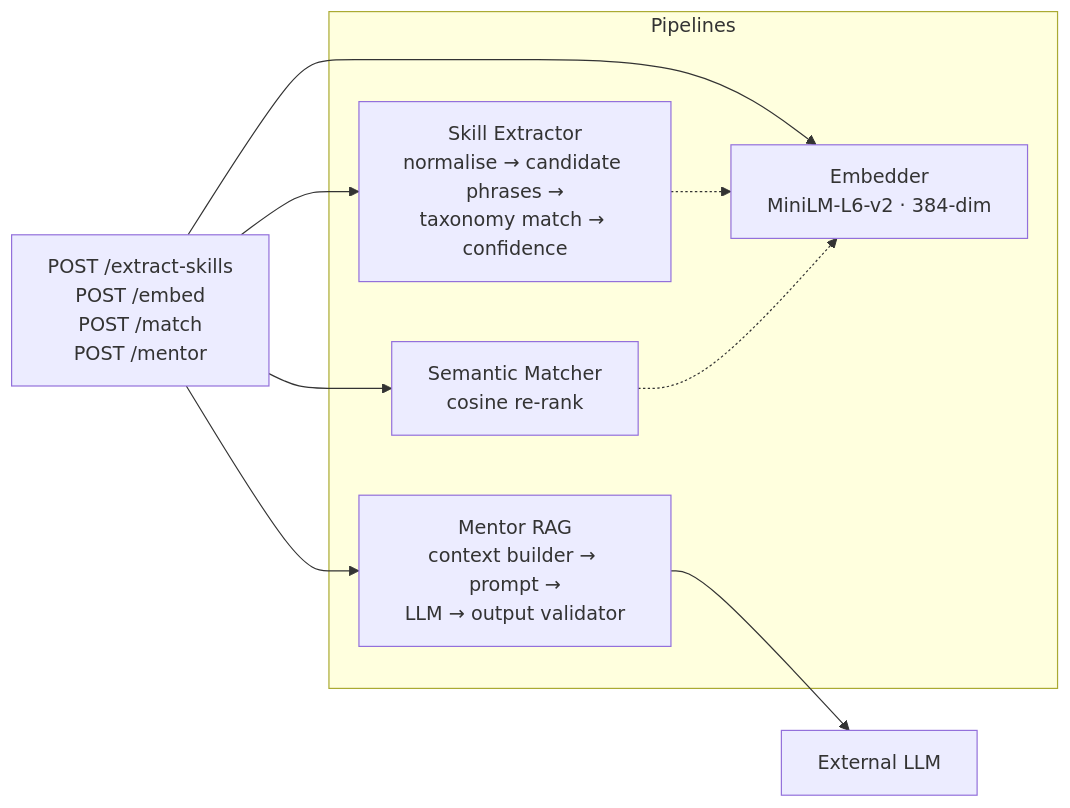
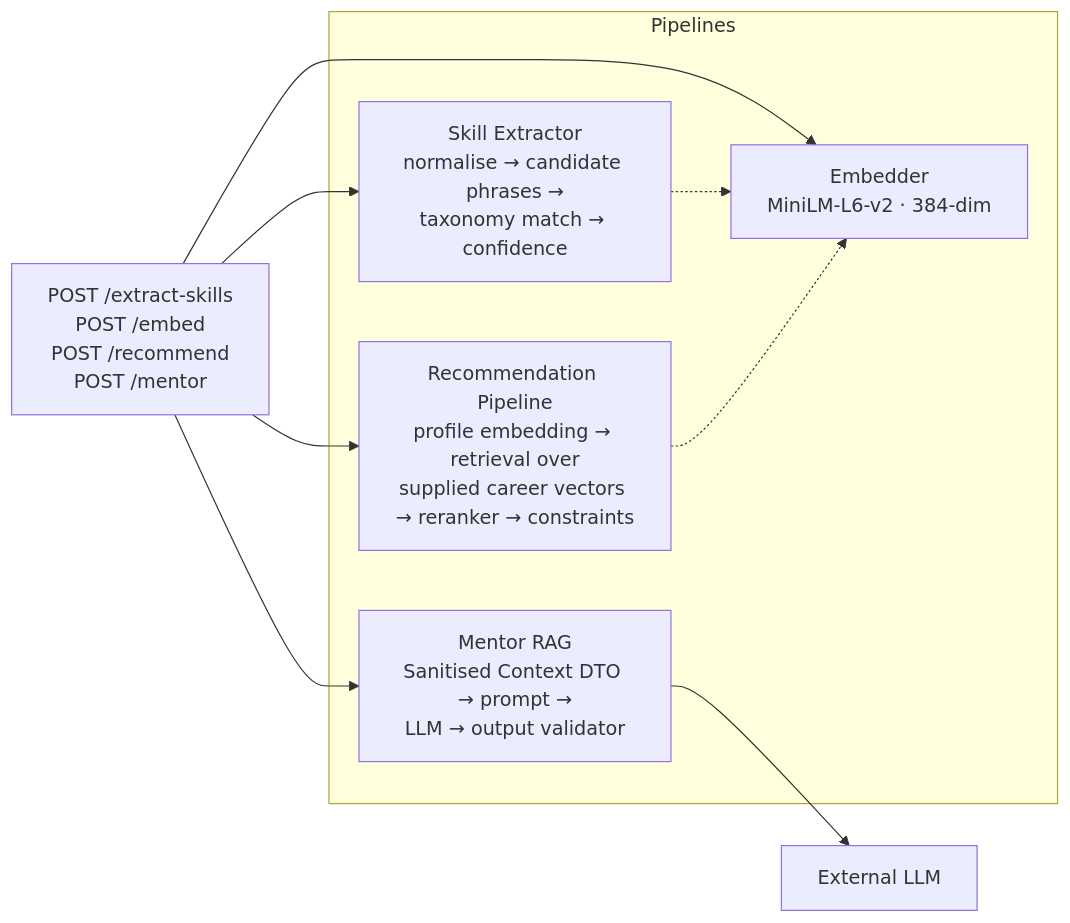
Before and after one commit to Masar-SCU/Masar: the third of 8 diagrams in docs/03-architecture.md, drawn with Mermaid. The commit also changed other lines of this file, not shown here.

````diff
--- a/docs/03-architecture.md
+++ b/docs/03-architecture.md
@@ -144,19 +158,19 @@
 ```mermaid
 flowchart LR
-    IN["POST /extract-skills<br/>POST /embed<br/>POST /match<br/>POST /mentor"]
+    IN["POST /extract-skills<br/>POST /embed<br/>POST /recommend<br/>POST /mentor"]
 
     subgraph P["Pipelines"]
         E1["Skill Extractor<br/>normalise → candidate phrases →<br/>taxonomy match → confidence"]
         E2["Embedder<br/>MiniLM-L6-v2 · 384-dim"]
-        E3["Semantic Matcher<br/>cosine re-rank"]
-        E4["Mentor RAG<br/>context builder → prompt →<br/>LLM → output validator"]
+        E3["Recommendation Pipeline<br/>profile embedding → retrieval over<br/>supplied career vectors → reranker → constraints"]
+        E4["Mentor RAG<br/>Sanitised Context DTO → prompt →<br/>LLM → output validator"]
     end
 
     IN --> E1
     IN --> E2
     IN --> E3
     IN --> E4
     E4 --> LLM["External LLM"]
     E1 -.-> E2
     E3 -.-> E2
 ```
````
